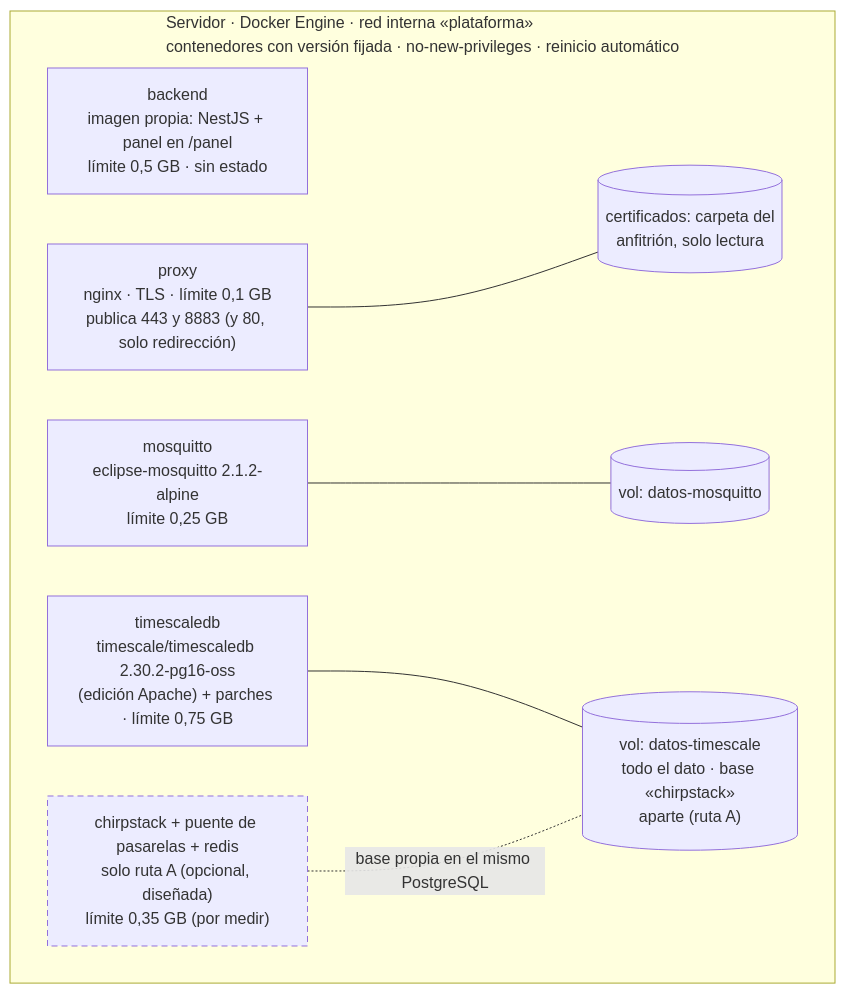
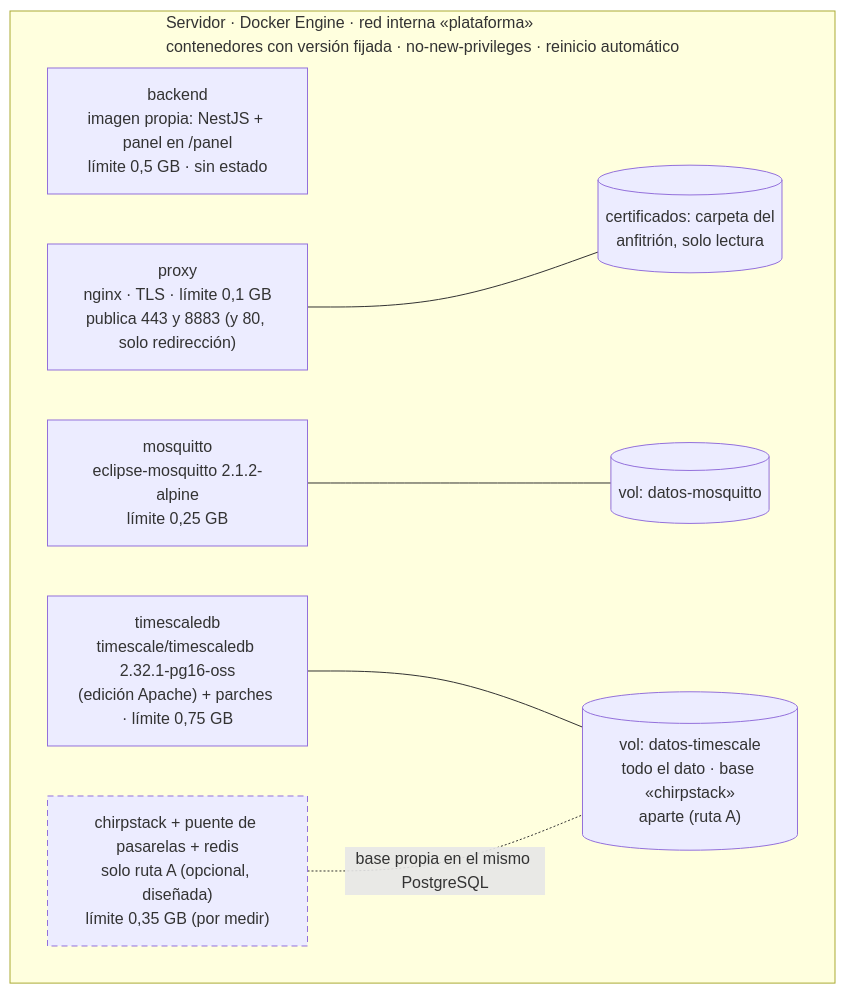
Before and after one commit to vicenterami/tesis: the sixth of 6 diagrams in docs/10-arquitectura.md, drawn with Mermaid. The commit also changed other lines of this file and 10 other files, not shown here.

````diff
--- a/docs/10-arquitectura.md
+++ b/docs/10-arquitectura.md
@@ -673,22 +673,22 @@
 ```mermaid
 %%{init: {"flowchart": {"subGraphTitleMargin": {"top": 0, "bottom": 22}}}}%%
 flowchart LR
     subgraph HOST["Servidor · Docker Engine · red interna «plataforma»<br/>contenedores con versión fijada · no-new-privileges · reinicio automático"]
         direction LR
         C5["proxy<br/>nginx · TLS · límite 0,1 GB<br/>publica 443 y 8883 (y 80, solo redirección)"]
         C1["mosquitto<br/>eclipse-mosquitto 2.1.2-alpine<br/>límite 0,25 GB"]
         C4["backend<br/>imagen propia: NestJS + panel en /panel<br/>límite 0,5 GB · sin estado"]
-        C3["timescaledb<br/>timescale/timescaledb 2.30.2-pg16-oss<br/>(edición Apache) + parches · límite 0,75 GB"]
+        C3["timescaledb<br/>timescale/timescaledb 2.32.1-pg16-oss<br/>(edición Apache) + parches · límite 0,75 GB"]
         C2["chirpstack + puente de pasarelas + redis<br/>solo ruta A (opcional, diseñada)<br/>límite 0,35 GB (por medir)"]
         V4[("certificados: carpeta del<br/>anfitrión, solo lectura")]
         V2[("vol: datos-mosquitto")]
         V1[("vol: datos-timescale<br/>todo el dato · base «chirpstack»<br/>aparte (ruta A)")]
     end
     C4 ~~~ V4
     C5 --- V4
     C1 --- V2
     C3 --- V1
     C2 -. "base propia en el mismo PostgreSQL" .- V1
     classDef opcional stroke-dasharray:6 4
     class C2 opcional
 ```
````
